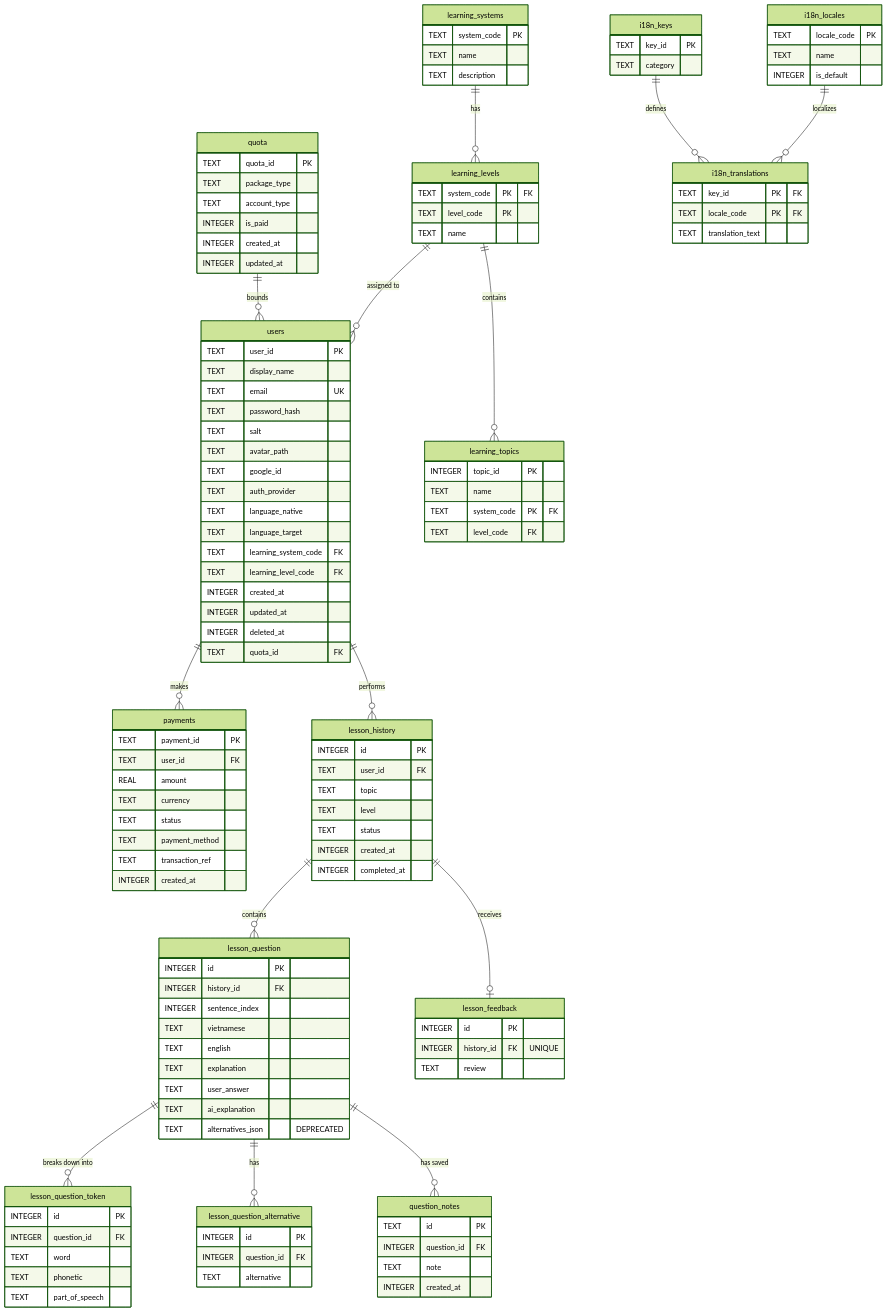
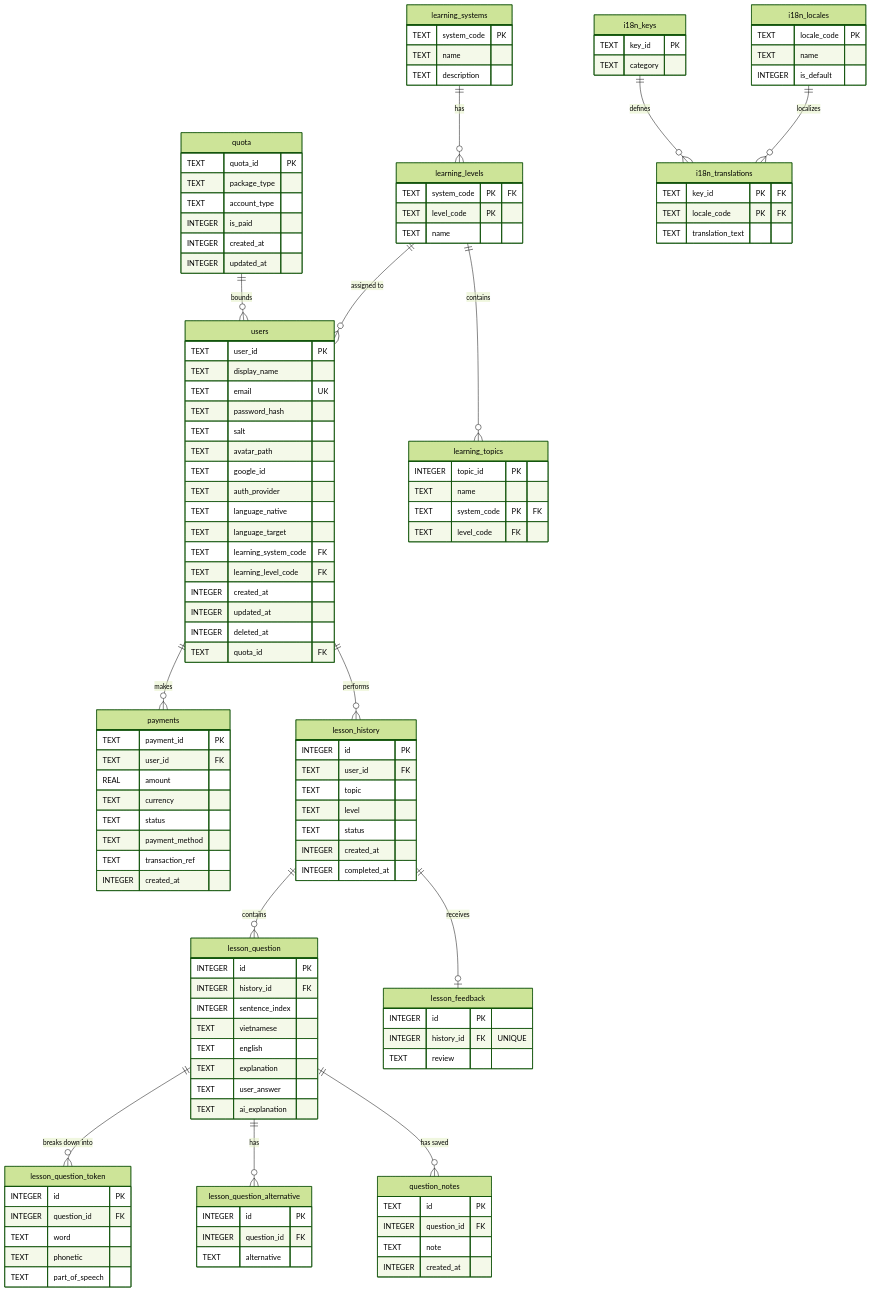
The diagram in docs/database_schema.md (vinh-gogo/ai-english), drawn with Mermaid (forest theme) before and after one commit. The commit also changed 27 other files, not shown here.

```diff
--- a/docs/database_schema.md
+++ b/docs/database_schema.md
@@ -100,7 +100,6 @@
         TEXT explanation
         TEXT user_answer
         TEXT ai_explanation
-        TEXT alternatives_json "DEPRECATED"
     }
 
     lesson_question_alternative {
```
